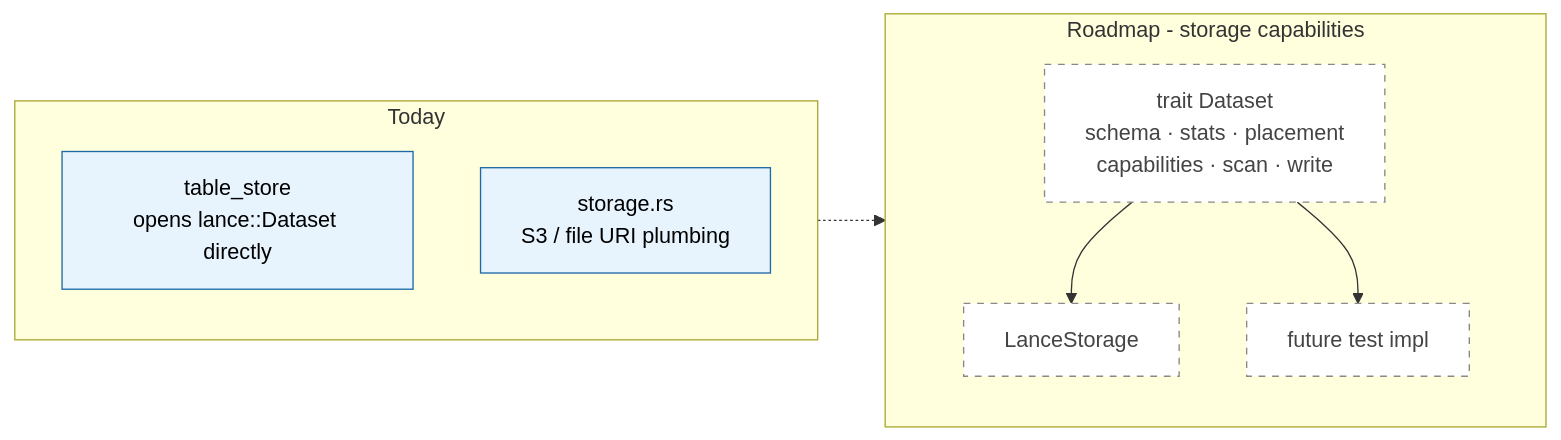
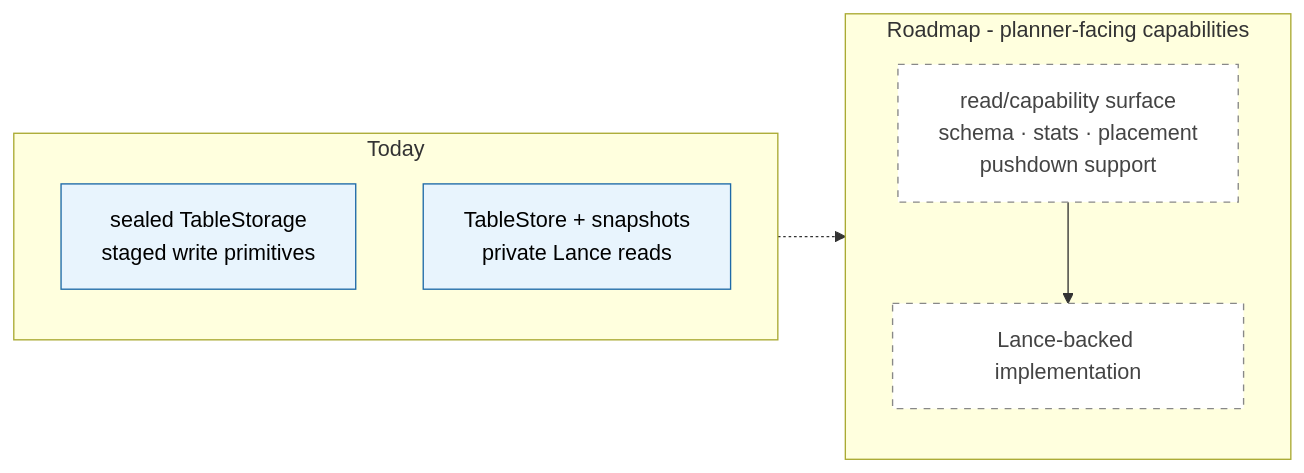
One commit to mrkorchun/omnigraph changed the fifth of 7 diagrams in docs/dev/architecture.md. Above: the diagram before and after it, drawn with Mermaid. The commit also changed other lines of this file and 281 other files, not shown here.

````diff
--- a/docs/dev/architecture.md
+++ b/docs/dev/architecture.md
@@ -219,20 +240,18 @@
 ```mermaid
 flowchart LR
     classDef now fill:#e8f4fd,stroke:#1e6aa8,color:#000
     classDef future fill:#fff,stroke:#888,stroke-dasharray:5 5,color:#444
 
     subgraph today[Today]
-        d1[table_store<br/>opens lance::Dataset directly]:::now
-        d2[storage.rs<br/>S3 / file URI plumbing]:::now
+        d1[sealed TableStorage<br/>staged write primitives]:::now
+        d2[TableStore + snapshots<br/>private Lance reads]:::now
     end
 
-    subgraph roadmap[Roadmap - storage capabilities]
-        t[trait Dataset<br/>schema · stats · placement<br/>capabilities · scan · write]:::future
-        impl1[LanceStorage]:::future
-        impl2[future test impl]:::future
+    subgraph roadmap[Roadmap - planner-facing capabilities]
+        t[read/capability surface<br/>schema · stats · placement<br/>pushdown support]:::future
+        impl1[Lance-backed implementation]:::future
     end
 
     today -.-> roadmap
     t --> impl1
-    t --> impl2
 ```
````
